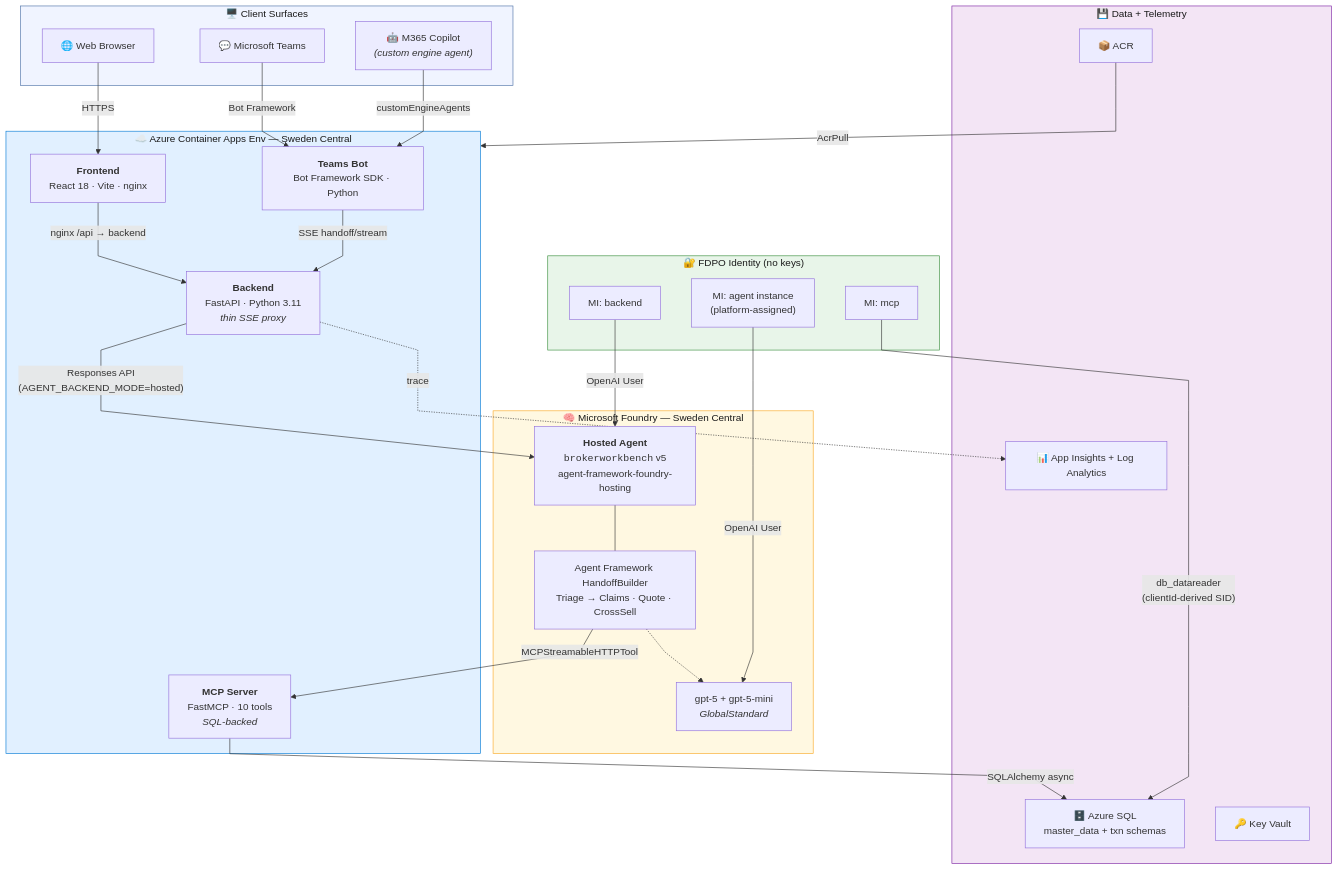
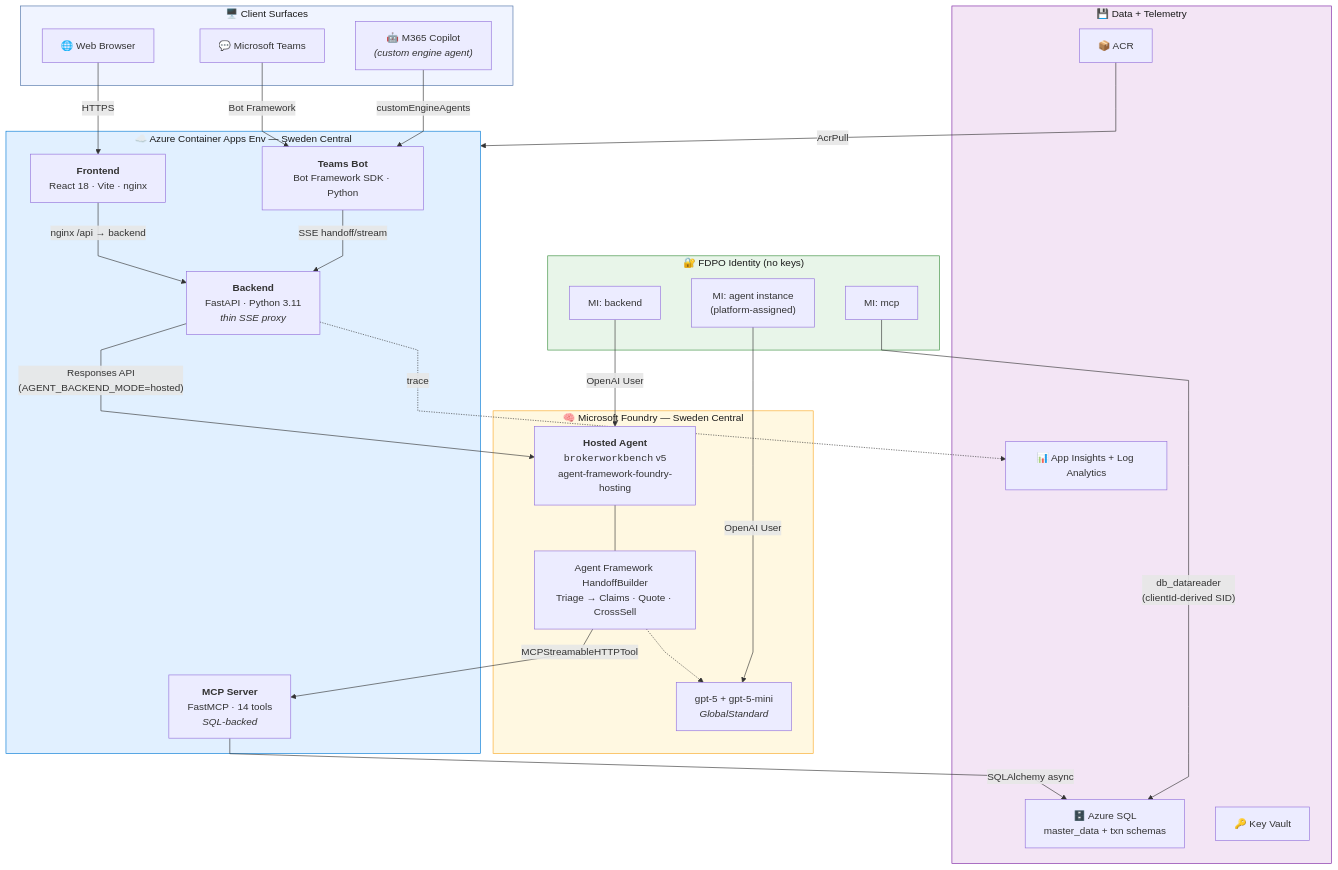
One commit to harryschaefer93/BrokerWorkbench changed the diagram in README.md. Above: the diagram before and after it, drawn with Mermaid. The commit also changed 8 other files, not shown here.

````diff
--- a/README.md
+++ b/README.md
@@ -7,68 +7,68 @@
 ```mermaid
 ---
 config:
   flowchart:
     curve: linear
 ---
 graph TB
     subgraph Clients["🖥️ Client Surfaces"]
         Browser["🌐 Web Browser"]
         Teams["💬 Microsoft Teams"]
         Copilot["🤖 M365 Copilot<br/><i>(custom engine agent)</i>"]
     end
 
     subgraph ACA["☁️ Azure Container Apps Env — Sweden Central"]
         FE["<b>Frontend</b><br/>React 18 · Vite · nginx"]
         Bot["<b>Teams Bot</b><br/>Bot Framework SDK · Python"]
         Backend["<b>Backend</b><br/>FastAPI · Python 3.11<br/><i>thin SSE proxy</i>"]
-        MCP["<b>MCP Server</b><br/>FastMCP · 10 tools<br/><i>SQL-backed</i>"]
+        MCP["<b>MCP Server</b><br/>FastMCP · 14 tools<br/><i>SQL-backed</i>"]
     end
 
     subgraph Foundry["🧠 Microsoft Foundry — Sweden Central"]
         Hosted["<b>Hosted Agent</b><br/><code>brokerworkbench</code> v5<br/>agent-framework-foundry-hosting"]
         Workflow["Agent Framework HandoffBuilder<br/>Triage → Claims · Quote · CrossSell"]
         GPT5["gpt-5 + gpt-5-mini<br/><i>GlobalStandard</i>"]
         Hosted --- Workflow
         Workflow -.-> GPT5
     end
 
     subgraph Data["💾 Data + Telemetry"]
         SQL["🗄️ Azure SQL<br/>master_data + txn schemas"]
         ACR["📦 ACR"]
         KV["🔑 Key Vault"]
         AI["📊 App Insights + Log Analytics"]
     end
 
     subgraph Identity["🔐 FDPO Identity (no keys)"]
         MIBe["MI: backend"]
         MIMcp["MI: mcp"]
         MIHosted["MI: agent instance<br/>(platform-assigned)"]
     end
 
     %% Client → Backend → Foundry
     Browser -- "HTTPS" --> FE
     FE -- "nginx /api → backend" --> Backend
     Teams -- "Bot Framework" --> Bot
     Copilot -- "customEngineAgents" --> Bot
     Bot -- "SSE handoff/stream" --> Backend
     Backend -- "Responses API<br/>(AGENT_BACKEND_MODE=hosted)" --> Hosted
 
     %% Hosted agent → MCP → SQL
     Workflow -- "MCPStreamableHTTPTool" --> MCP
     MCP -- "SQLAlchemy async" --> SQL
 
     %% Auth
     MIBe -- "OpenAI User" --> Hosted
     MIHosted -- "OpenAI User" --> GPT5
     MIMcp -- "db_datareader<br/>(clientId-derived SID)" --> SQL
 
     %% Infra
     ACR -- "AcrPull" --> ACA
     Backend -. "trace" .-> AI
 
     style Clients fill:#f0f4ff,stroke:#4a6fa5,color:#1a1a1a
     style ACA fill:#e1f0ff,stroke:#0078d4,color:#1a1a1a
     style Foundry fill:#fff8e1,stroke:#f9a825,color:#1a1a1a
     style Data fill:#f3e5f5,stroke:#7b1fa2,color:#1a1a1a
     style Identity fill:#e8f5e9,stroke:#388e3c,color:#1a1a1a
 ```
````
